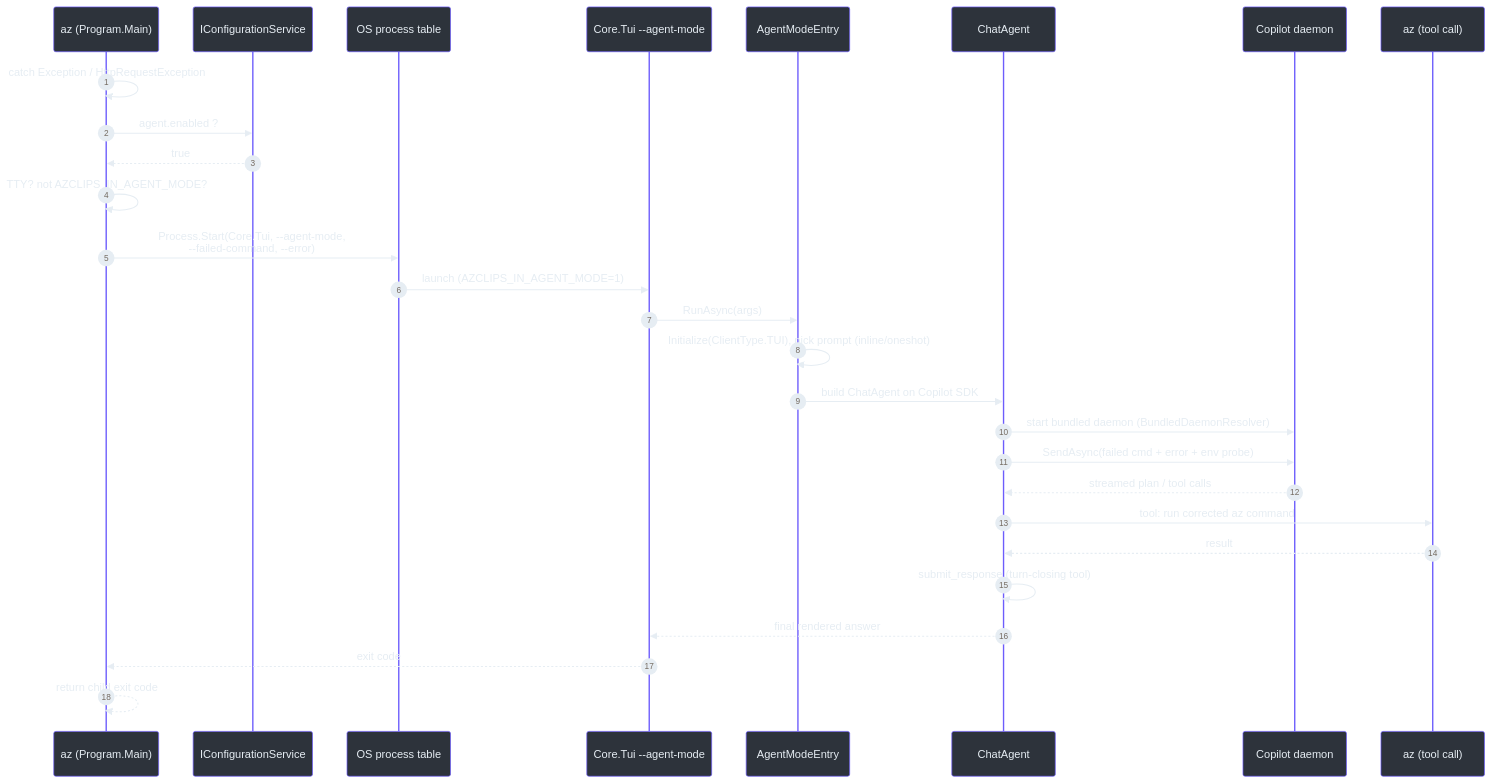
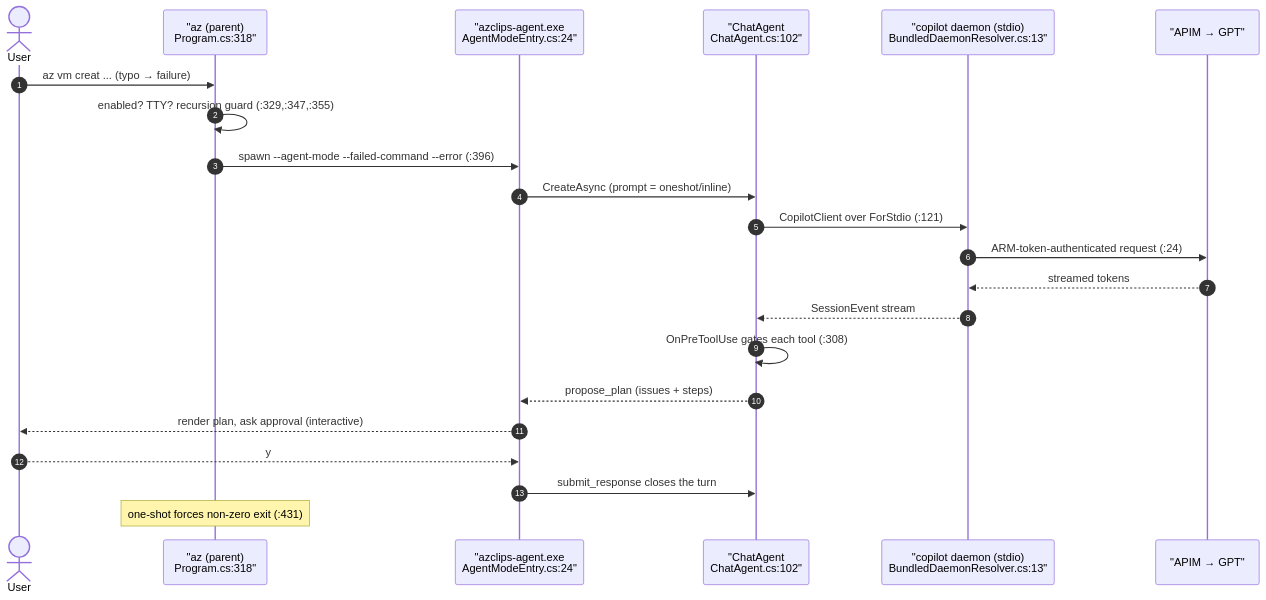
Before and after one commit to Azure/azclips: the fourth of 9 diagrams in wiki/onboarding-guide.md, drawn with Mermaid. The commit also changed other lines of this file and 34 other files, not shown here.

First line of the commit message:
docs(wiki): refresh generated architecture documentation

````diff
--- a/wiki/onboarding-guide.md
+++ b/wiki/onboarding-guide.md
@@ -493,32 +366,25 @@
 ```mermaid
-%%{init: {'theme':'base','themeVariables':{'primaryColor':'#2d333b','primaryBorderColor':'#6d5dfc','primaryTextColor':'#e6edf3','lineColor':'#8b949e','clusterBkg':'#161b22','clusterBorder':'#30363d','fontFamily':'monospace'}}}%%
 sequenceDiagram
     autonumber
-    participant CLI as az (Program.Main)
-    participant CFG as IConfigurationService
-    participant OS as OS process table
-    participant TUI as Core.Tui --agent-mode
-    participant AME as AgentModeEntry
-    participant CA as ChatAgent
-    participant DMN as Copilot daemon
-    participant AZ as az (tool call)
+    actor User
+    participant AZ as "az (parent)<br>Program.cs:318"
+    participant AG as "azclips-agent.exe<br>AgentModeEntry.cs:24"
+    participant CA as "ChatAgent<br>ChatAgent.cs:102"
+    participant D as "copilot daemon (stdio)<br>BundledDaemonResolver.cs:13"
+    participant M as "APIM → GPT"
 
-    CLI->>CLI: catch Exception / HttpRequestException
-    CLI->>CFG: agent.enabled ?
-    CFG-->>CLI: true
-    CLI->>CLI: TTY? not AZCLIPS_IN_AGENT_MODE?
-    CLI->>OS: Process.Start(Core.Tui, --agent-mode,<br>--failed-command, --error)
-    OS->>TUI: launch (AZCLIPS_IN_AGENT_MODE=1)
-    TUI->>AME: RunAsync(args)
-    AME->>AME: Initialize(ClientType.TUI), pick prompt (inline/oneshot)
-    AME->>CA: build ChatAgent on Copilot SDK
-    CA->>DMN: start bundled daemon (BundledDaemonResolver)
-    CA->>DMN: SendAsync(failed cmd + error + env probe)
-    DMN-->>CA: streamed plan / tool calls
-    CA->>AZ: tool: run corrected az command
-    AZ-->>CA: result
-    CA->>CA: submit_response (turn-closing tool)
-    CA-->>TUI: final rendered answer
-    TUI-->>CLI: exit code
-    CLI-->>CLI: return child exit code
+    User->>AZ: az vm creat ... (typo → failure)
+    AZ->>AZ: enabled? TTY? recursion guard (:329,:347,:355)
+    AZ->>AG: spawn --agent-mode --failed-command --error (:396)
+    AG->>CA: CreateAsync (prompt = oneshot/inline)
+    CA->>D: CopilotClient over ForStdio (:121)
+    D->>M: ARM-token-authenticated request (:24)
+    M-->>D: streamed tokens
+    D-->>CA: SessionEvent stream
+    CA->>CA: OnPreToolUse gates each tool (:308)
+    CA-->>AG: propose_plan (issues + steps)
+    AG-->>User: render plan, ask approval (interactive)
+    User-->>AG: y
+    AG->>CA: submit_response closes the turn
+    Note over AZ: one-shot forces non-zero exit (:431)
 ```
````
